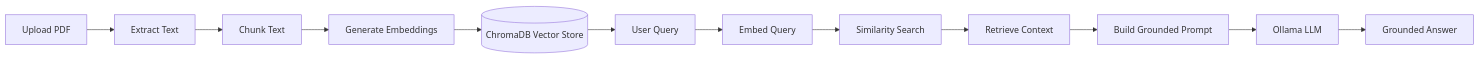
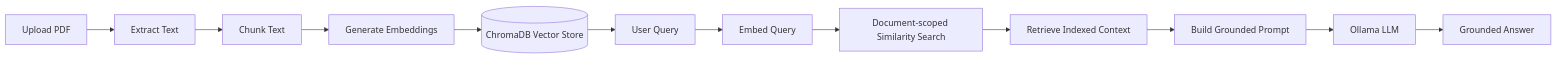
The first of 2 diagrams in README.md (Chavva-Harshita/synapse-ai), drawn with Mermaid before and after one commit. The commit also changed other lines of this file and 30 other files, not shown here.

````diff
--- a/README.md
+++ b/README.md
@@ -33,14 +33,14 @@
 ```mermaid
 flowchart LR
     A[Upload PDF] --> B[Extract Text]
     B --> C[Chunk Text]
     C --> D[Generate Embeddings]
     D --> E[(ChromaDB Vector Store)]
     E --> F[User Query]
     F --> G[Embed Query]
-    G --> H[Similarity Search]
-    H --> I[Retrieve Context]
+    G --> H[Document-scoped Similarity Search]
+    H --> I[Retrieve Indexed Context]
     I --> J[Build Grounded Prompt]
     J --> K[Ollama LLM]
     K --> L[Grounded Answer]
 ```
````
